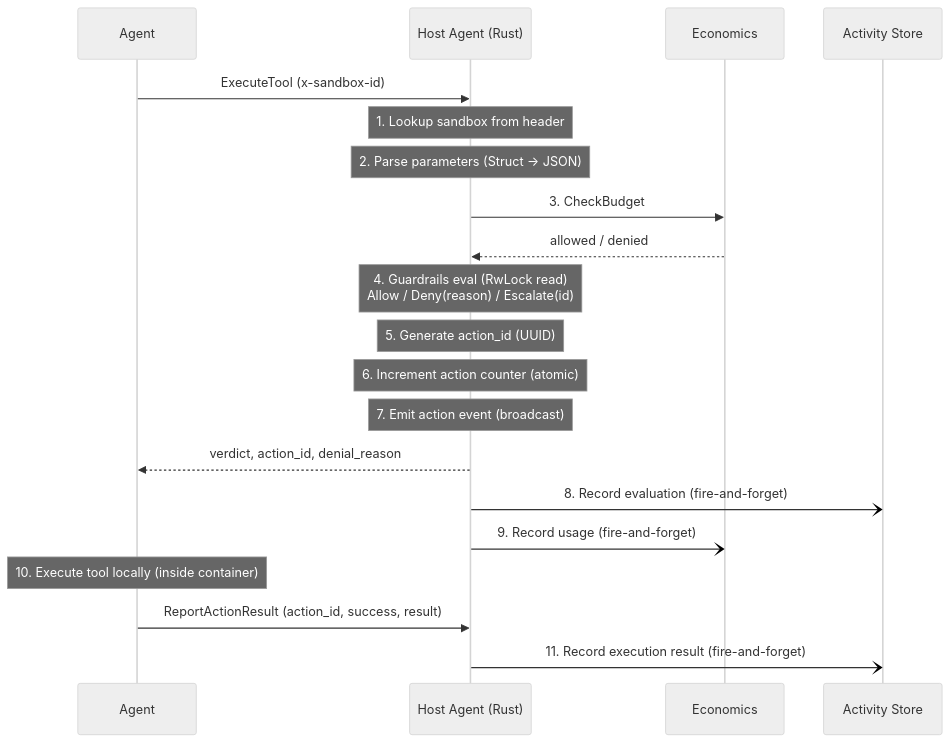
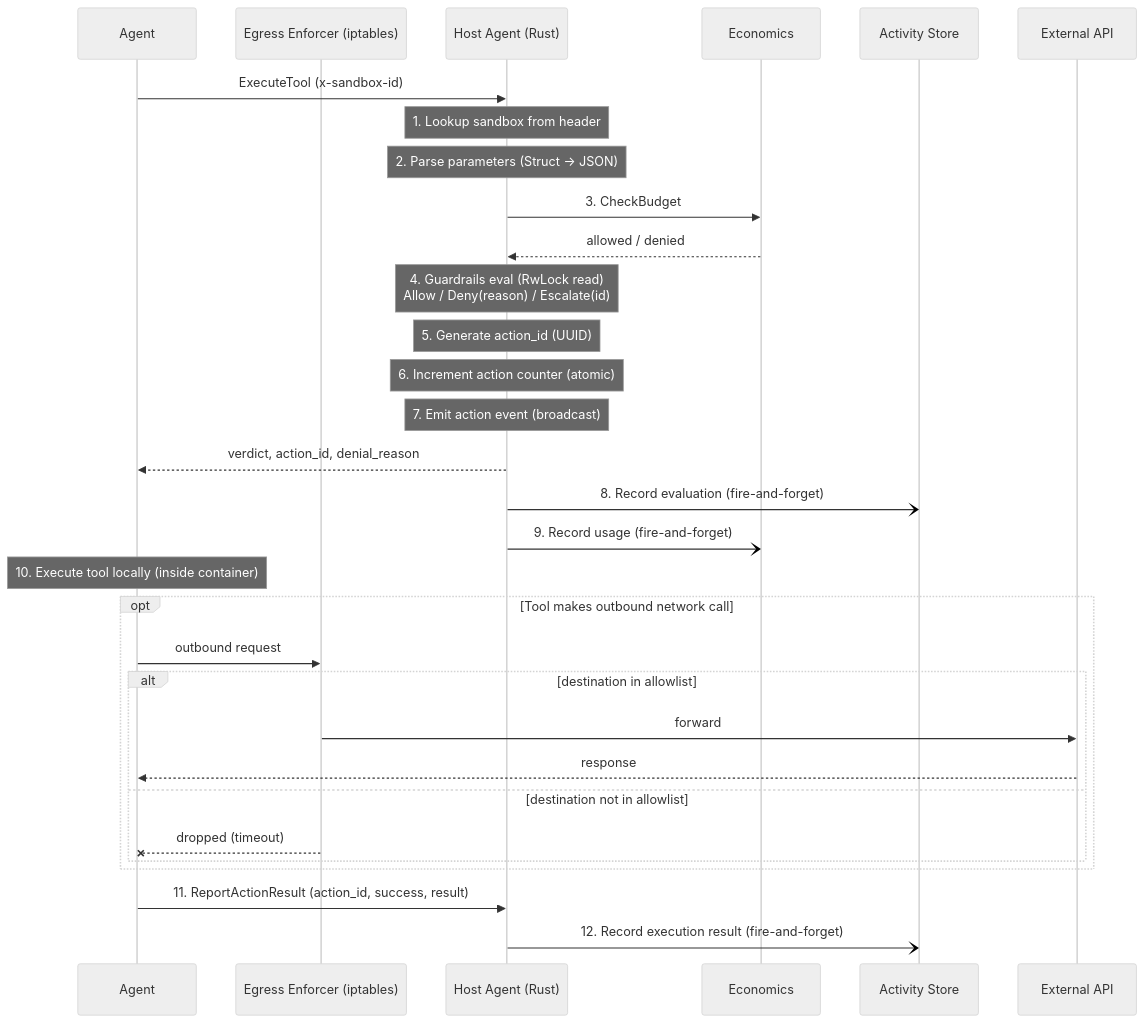
The second of 5 diagrams in docs/architecture.md (Baselyne-Systems/agent-sandbox-platform), drawn with Mermaid (neutral theme) before and after one commit. The commit also changed other lines of this file and 1 other file, not shown here.

````diff
--- a/docs/architecture.md
+++ b/docs/architecture.md
@@ -178,24 +178,35 @@
 ```mermaid
 sequenceDiagram
     participant Agent
+    participant Egress as Egress Enforcer (iptables)
     participant HA as Host Agent (Rust)
     participant Economics
     participant Activity as Activity Store
+    participant Ext as External API
 
     Agent->>HA: ExecuteTool (x-sandbox-id)
     Note over HA: 1. Lookup sandbox from header
     Note over HA: 2. Parse parameters (Struct → JSON)
     HA->>Economics: 3. CheckBudget
     Economics-->>HA: allowed / denied
     Note over HA: 4. Guardrails eval (RwLock read)<br/>Allow / Deny(reason) / Escalate(id)
     Note over HA: 5. Generate action_id (UUID)
     Note over HA: 6. Increment action counter (atomic)
     Note over HA: 7. Emit action event (broadcast)
     HA-->>Agent: verdict, action_id, denial_reason
     HA-)Activity: 8. Record evaluation (fire-and-forget)
     HA-)Economics: 9. Record usage (fire-and-forget)
 
     Note over Agent: 10. Execute tool locally (inside container)
-    Agent->>HA: ReportActionResult (action_id, success, result)
-    HA-)Activity: 11. Record execution result (fire-and-forget)
+    opt Tool makes outbound network call
+        Agent->>Egress: outbound request
+        alt destination in allowlist
+            Egress->>Ext: forward
+            Ext-->>Agent: response
+        else destination not in allowlist
+            Egress--xAgent: dropped (timeout)
+        end
+    end
+    Agent->>HA: 11. ReportActionResult (action_id, success, result)
+    HA-)Activity: 12. Record execution result (fire-and-forget)
 ```
````
